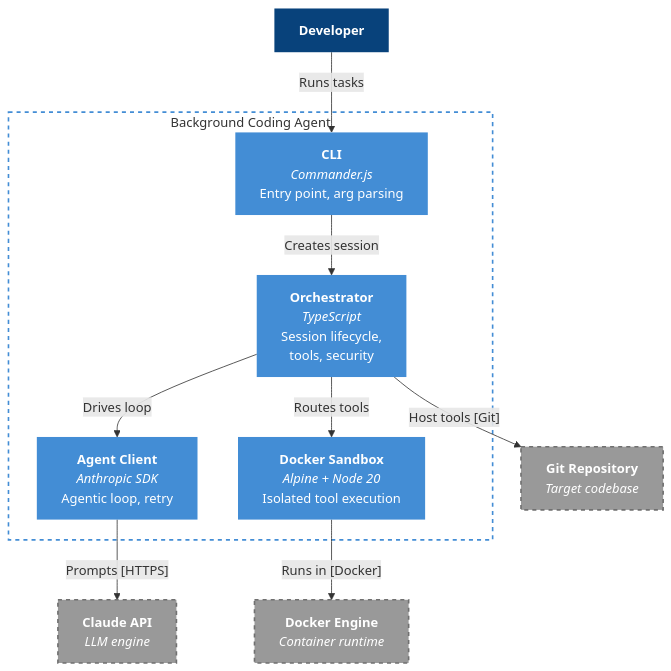
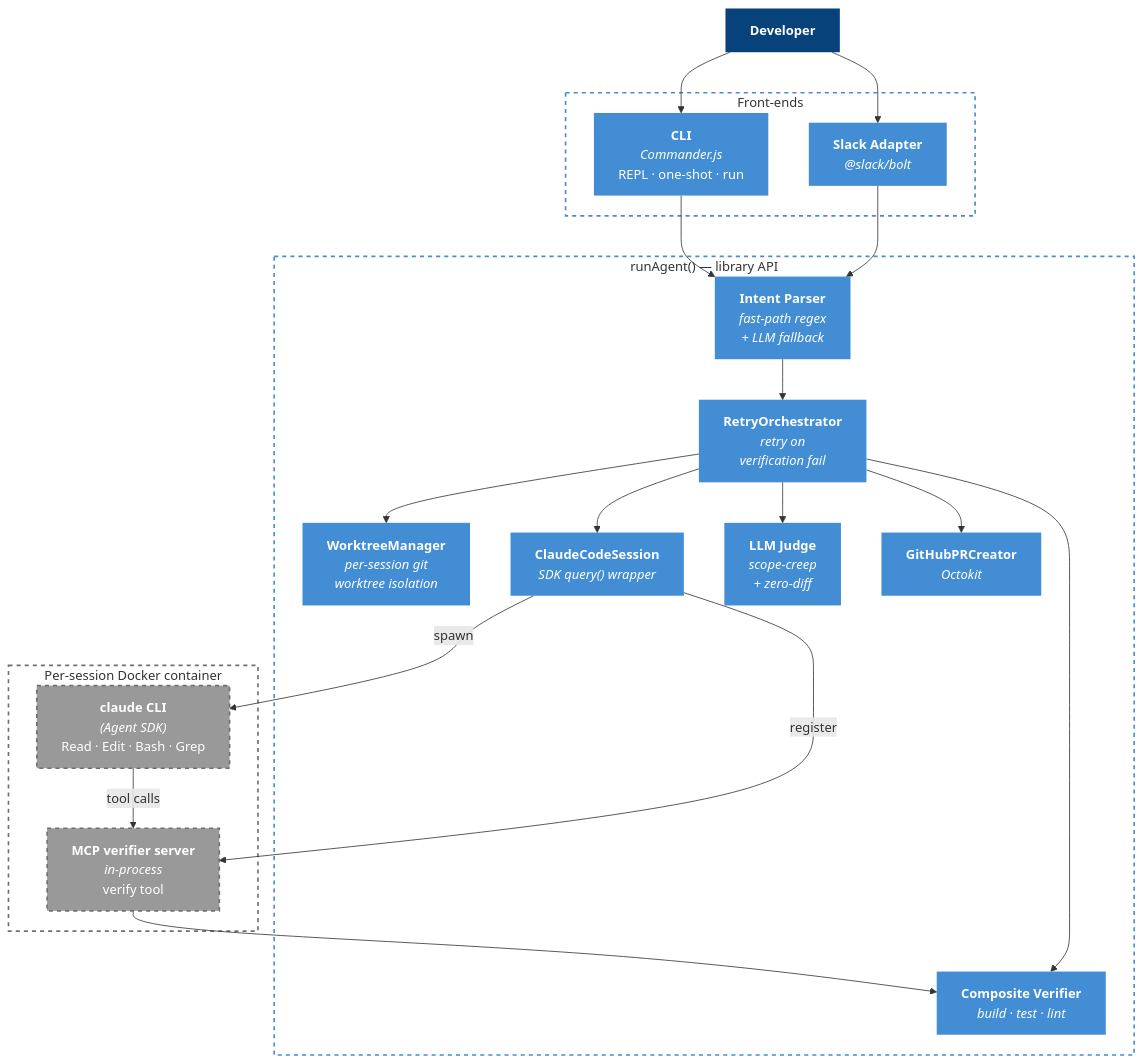
Before and after one commit to kiruba48/background-coding-agent-mvp: the second of 3 diagrams in README.md, drawn with Mermaid. The commit also changed other lines of this file, not shown here.

First line of the commit message:
docs: rewrite README to match v2.4 codebase

````diff
--- a/README.md
+++ b/README.md
@@ -67,33 +68,55 @@
 ```mermaid
 graph TB
     dev["<b>Developer</b>"]
 
-    subgraph system ["Background Coding Agent"]
-        cli["<b>CLI</b><br/><i>Commander.js</i><br/>Entry point, arg parsing"]
-        orch["<b>Orchestrator</b><br/><i>TypeScript</i><br/>Session lifecycle,<br/>tools, security"]
-        agentc["<b>Agent Client</b><br/><i>Anthropic SDK</i><br/>Agentic loop, retry"]
-        sandbox["<b>Docker Sandbox</b><br/><i>Alpine + Node 20</i><br/>Isolated tool execution"]
+    subgraph frontends["Front-ends"]
+        cli["<b>CLI</b><br/><i>Commander.js</i><br/>REPL · one-shot · run"]
+        slack["<b>Slack Adapter</b><br/><i>@slack/bolt</i>"]
     end
 
-    claude["<b>Claude API</b><br/><i>LLM engine</i>"]
-    docker["<b>Docker Engine</b><br/><i>Container runtime</i>"]
-    git["<b>Git Repository</b><br/><i>Target codebase</i>"]
+    subgraph core["runAgent() — library API"]
+        intent["<b>Intent Parser</b><br/><i>fast-path regex<br/>+ LLM fallback</i>"]
+        worktree["<b>WorktreeManager</b><br/><i>per-session git<br/>worktree isolation</i>"]
+        retry["<b>RetryOrchestrator</b><br/><i>retry on<br/>verification fail</i>"]
+        session["<b>ClaudeCodeSession</b><br/><i>SDK query() wrapper</i>"]
+        verify["<b>Composite Verifier</b><br/><i>build · test · lint</i>"]
+        judge["<b>LLM Judge</b><br/><i>scope-creep<br/>+ zero-diff</i>"]
+        pr["<b>GitHubPRCreator</b><br/><i>Octokit</i>"]
+    end
 
-    dev -->|"Runs tasks"| cli
-    cli -->|"Creates session"| orch
-    orch -->|"Drives loop"| agentc
-    orch -->|"Routes tools"| sandbox
-    orch -->|"Host tools [Git]"| git
-    agentc -->|"Prompts [HTTPS]"| claude
-    sandbox -->|"Runs in [Docker]"| docker
+    subgraph sandbox["Per-session Docker container"]
+        claude["<b>claude CLI</b><br/><i>(Agent SDK)</i><br/>Read · Edit · Bash · Grep"]
+        mcp["<b>MCP verifier server</b><br/><i>in-process</i><br/>verify tool"]
+    end
+
+    dev --> cli
+    dev --> slack
+    cli --> intent
+    slack --> intent
+    intent --> retry
+    retry --> worktree
+    retry --> session
+    session -->|spawn| claude
+    session -->|register| mcp
+    claude -->|tool calls| mcp
+    mcp --> verify
+    retry --> verify
+    retry --> judge
+    retry --> pr
 
     style dev fill:#08427B,color:#fff,stroke:none
     style cli fill:#438DD5,color:#fff,stroke:none
-    style orch fill:#438DD5,color:#fff,stroke:none
-    style agentc fill:#438DD5,color:#fff,stroke:none
-    style sandbox fill:#438DD5,color:#fff,stroke:none
+    style slack fill:#438DD5,color:#fff,stroke:none
+    style intent fill:#438DD5,color:#fff,stroke:none
+    style worktree fill:#438DD5,color:#fff,stroke:none
+    style retry fill:#438DD5,color:#fff,stroke:none
+    style session fill:#438DD5,color:#fff,stroke:none
+    style verify fill:#438DD5,color:#fff,stroke:none
+    style judge fill:#438DD5,color:#fff,stroke:none
+    style pr fill:#438DD5,color:#fff,stroke:none
     style claude fill:#999,color:#fff,stroke:#707070,stroke-width:2px,stroke-dasharray:5
-    style docker fill:#999,color:#fff,stroke:#707070,stroke-width:2px,stroke-dasharray:5
-    style git fill:#999,color:#fff,stroke:#707070,stroke-width:2px,stroke-dasharray:5
-    style system fill:none,stroke:#438DD5,stroke-width:2px,stroke-dasharray:5
+    style mcp fill:#999,color:#fff,stroke:#707070,stroke-width:2px,stroke-dasharray:5
+    style frontends fill:none,stroke:#438DD5,stroke-width:2px,stroke-dasharray:5
+    style core fill:none,stroke:#438DD5,stroke-width:2px,stroke-dasharray:5
+    style sandbox fill:none,stroke:#707070,stroke-width:2px,stroke-dasharray:5
 ```
````
